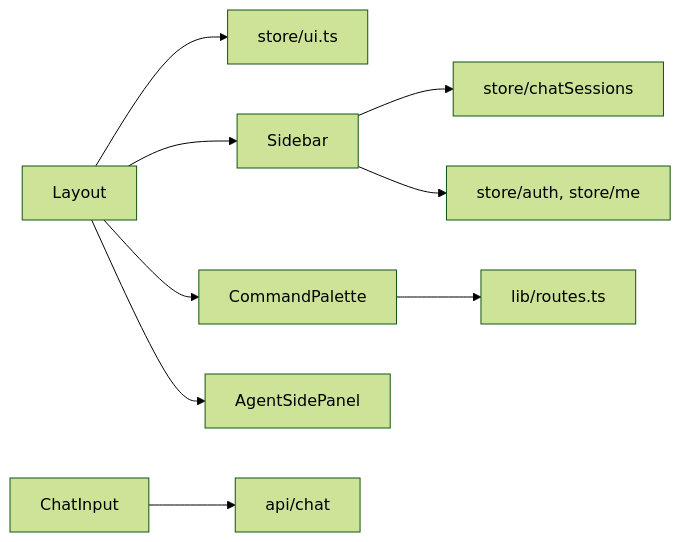
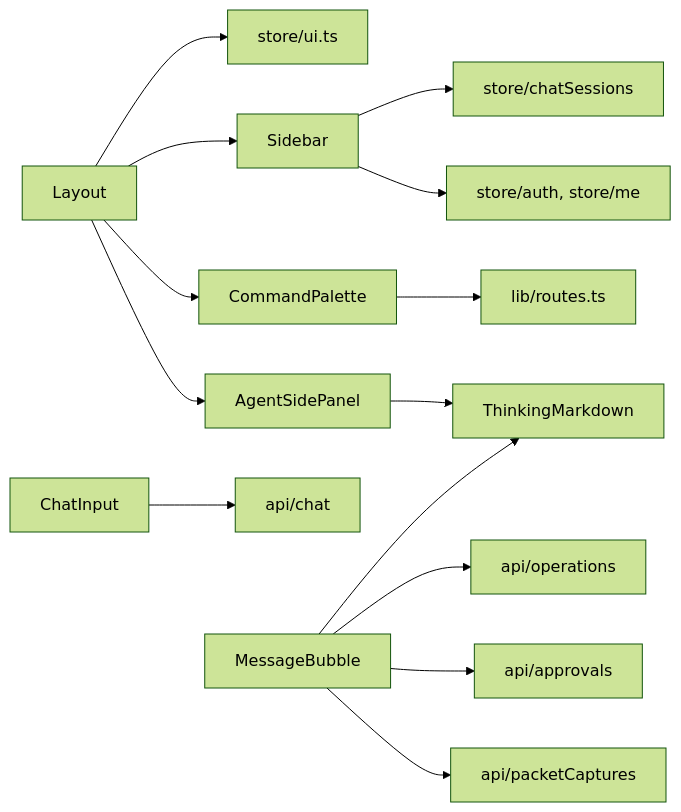
One commit to xied1133-oss/ongrid changed the ninth of 9 diagrams in .qoder/repowiki/zh/content/前端应用/UI 组件库/高级组件.md. Above: the diagram before and after it, drawn with Mermaid (forest theme). The commit also changed other lines of this file and 298 other files, not shown here.

````diff
--- a/.qoder/repowiki/zh/content/前端应用/UI 组件库/高级组件.md
+++ b/.qoder/repowiki/zh/content/前端应用/UI 组件库/高级组件.md
@@ -307,11 +447,16 @@
 ```mermaid
 graph LR
 Layout --> ui_store["store/ui.ts"]
 Layout --> Sidebar
 Layout --> CommandPalette
 Layout --> AgentSidePanel
 Sidebar --> chat_sessions["store/chatSessions"]
 Sidebar --> auth_me["store/auth, store/me"]
 CommandPalette --> routes_lib["lib/routes.ts"]
 ChatInput --> chat_api["api/chat"]
+MessageBubble --> thinking_md["ThinkingMarkdown"]
+MessageBubble --> operations_api["api/operations"]
+MessageBubble --> approvals_api["api/approvals"]
+MessageBubble --> packet_api["api/packetCaptures"]
+AgentSidePanel --> thinking_md
 ```
````
